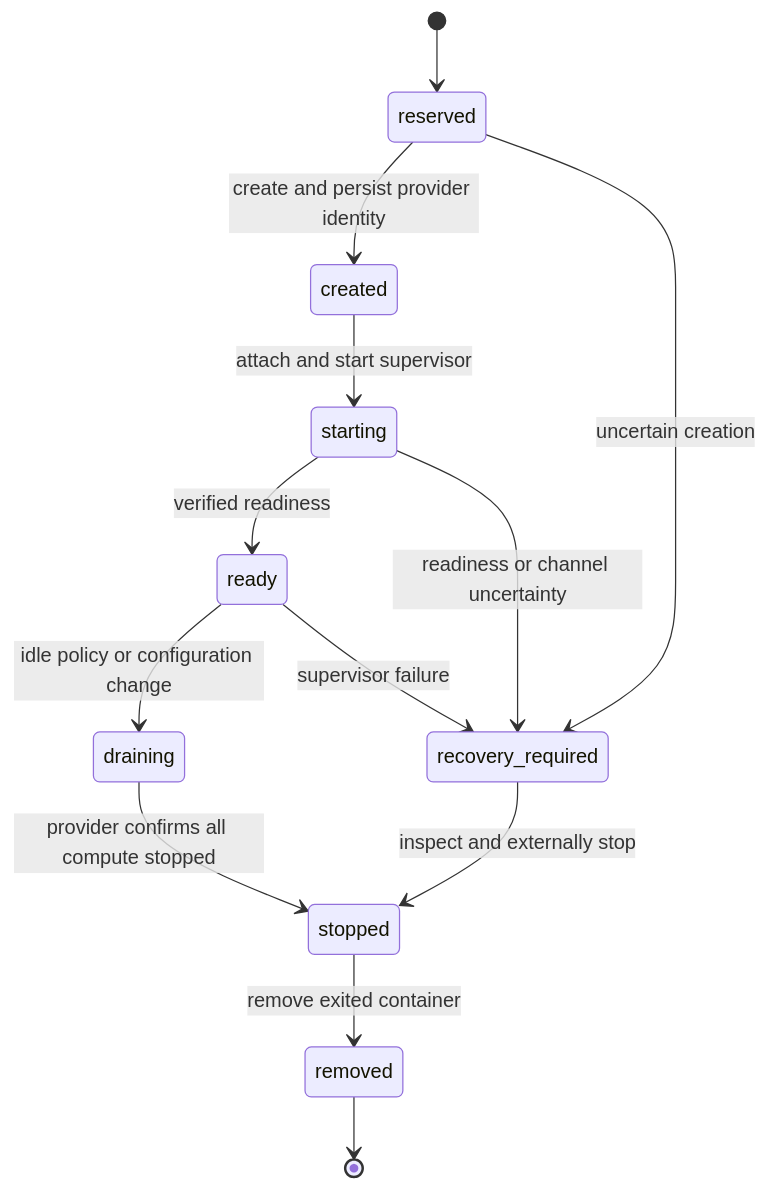
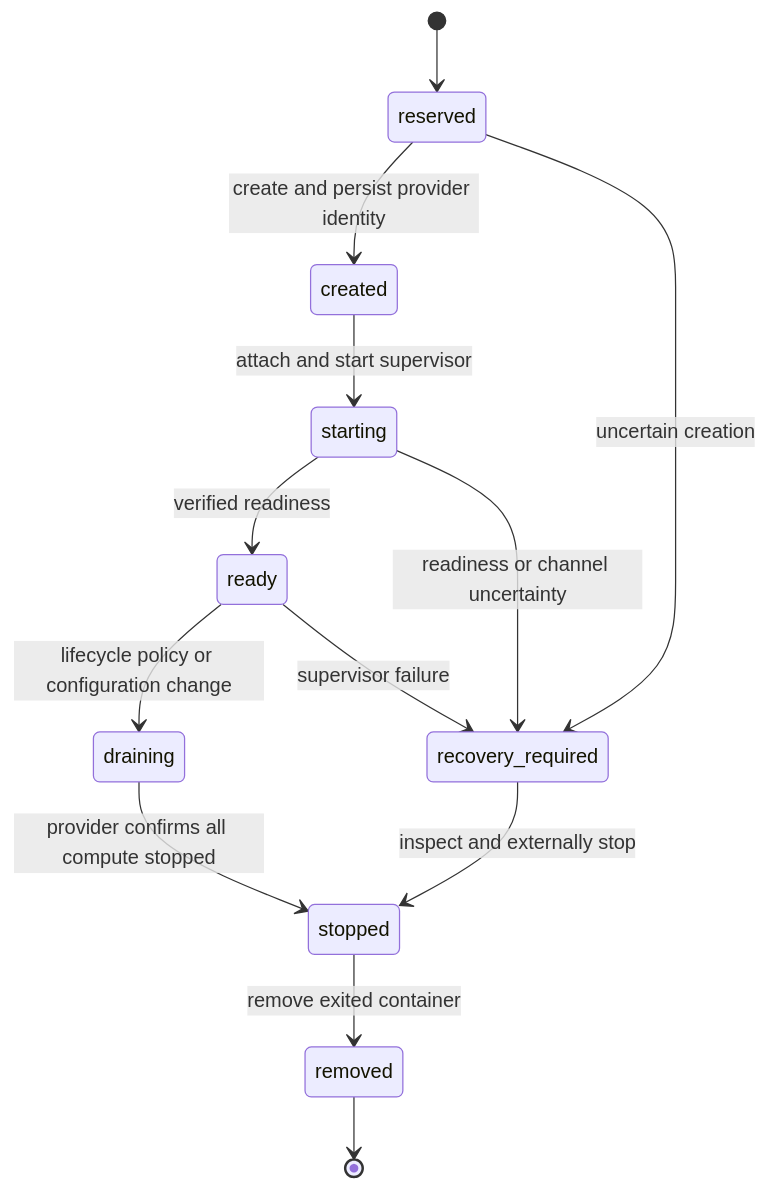
Before and after one commit to cognisphere-sh/cognisphere-harness: the diagram in docs/plans/05-docker-runtime.md, drawn with Mermaid. The commit also changed other lines of this file and 19 other files, not shown here.

First line of the commit message:
Update core implementation roadmap with revised delivery order and agent configuration details

````diff
--- a/docs/plans/05-docker-runtime.md
+++ b/docs/plans/05-docker-runtime.md
@@ -31,15 +33,15 @@
 ```mermaid
 stateDiagram-v2
     [*] --> reserved
     reserved --> created: create and persist provider identity
     created --> starting: attach and start supervisor
     starting --> ready: verified readiness
-    ready --> draining: idle policy or configuration change
+    ready --> draining: lifecycle policy or configuration change
     draining --> stopped: provider confirms all compute stopped
     stopped --> removed: remove exited container
     removed --> [*]
     reserved --> recovery_required: uncertain creation
     starting --> recovery_required: readiness or channel uncertainty
     ready --> recovery_required: supervisor failure
     recovery_required --> stopped: inspect and externally stop
 ```
````
